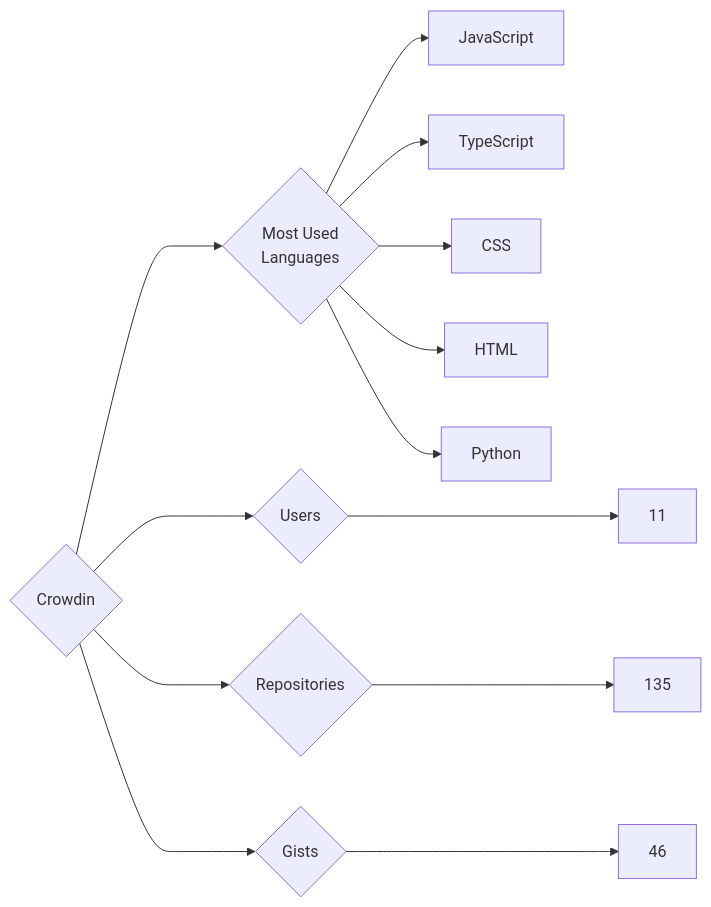
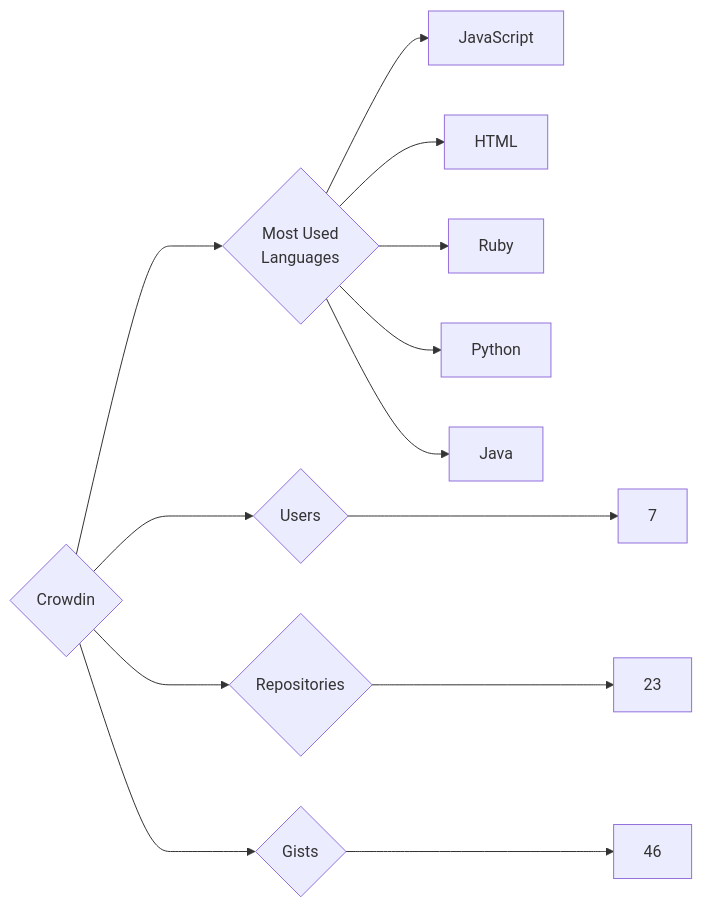
The diagram in targets/Crowdin/README.md (trickest/insiders), drawn with Mermaid before and after one commit. The commit also changed 1084 other files, not shown here.

````diff
--- a/targets/Crowdin/README.md
+++ b/targets/Crowdin/README.md
@@ -3,13 +3,13 @@
 ```mermaid
 graph LR
 COMPANY_NAME{Crowdin}
-COMPANY_NAME ---> U{Users} ---> UN[11]
-COMPANY_NAME ---> R{Repositories} ---> RN[135]
+COMPANY_NAME ---> U{Users} ---> UN[7]
+COMPANY_NAME ---> R{Repositories} ---> RN[23]
 COMPANY_NAME ---> G{Gists} ---> GN[46]
 COMPANY_NAME ---> ML{Most Used<br>Languages}
 ML --> JavaScript[JavaScript]
-ML --> TypeScript[TypeScript]
-ML --> CSS[CSS]
 ML --> HTML[HTML]
+ML --> Ruby[Ruby]
 ML --> Python[Python]
+ML --> Java[Java]
 ```
````
